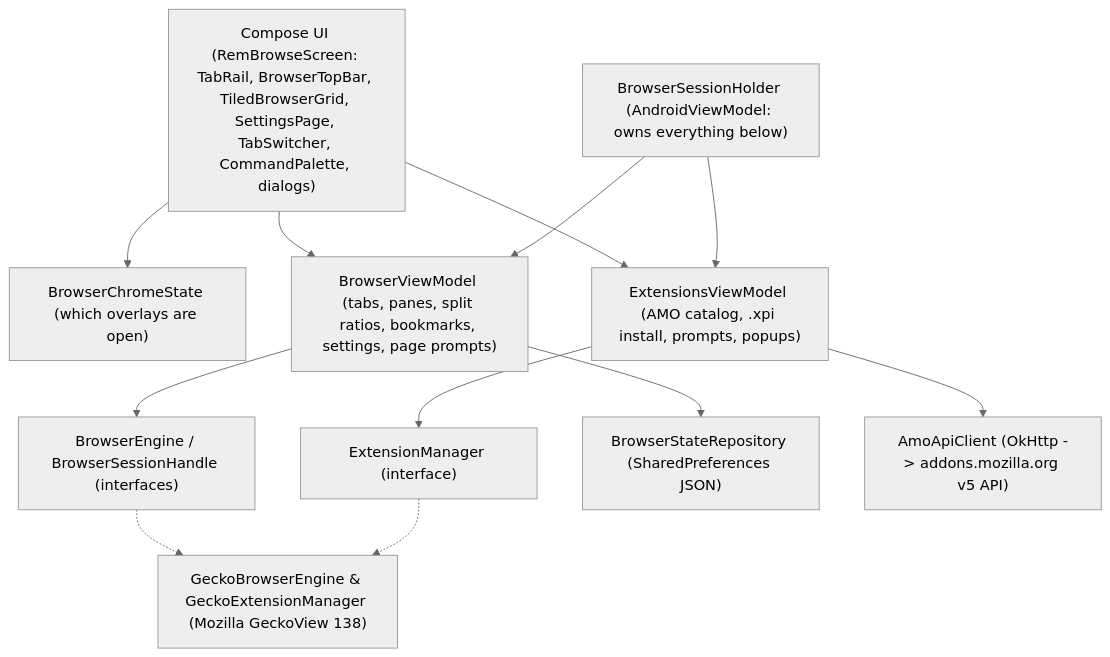
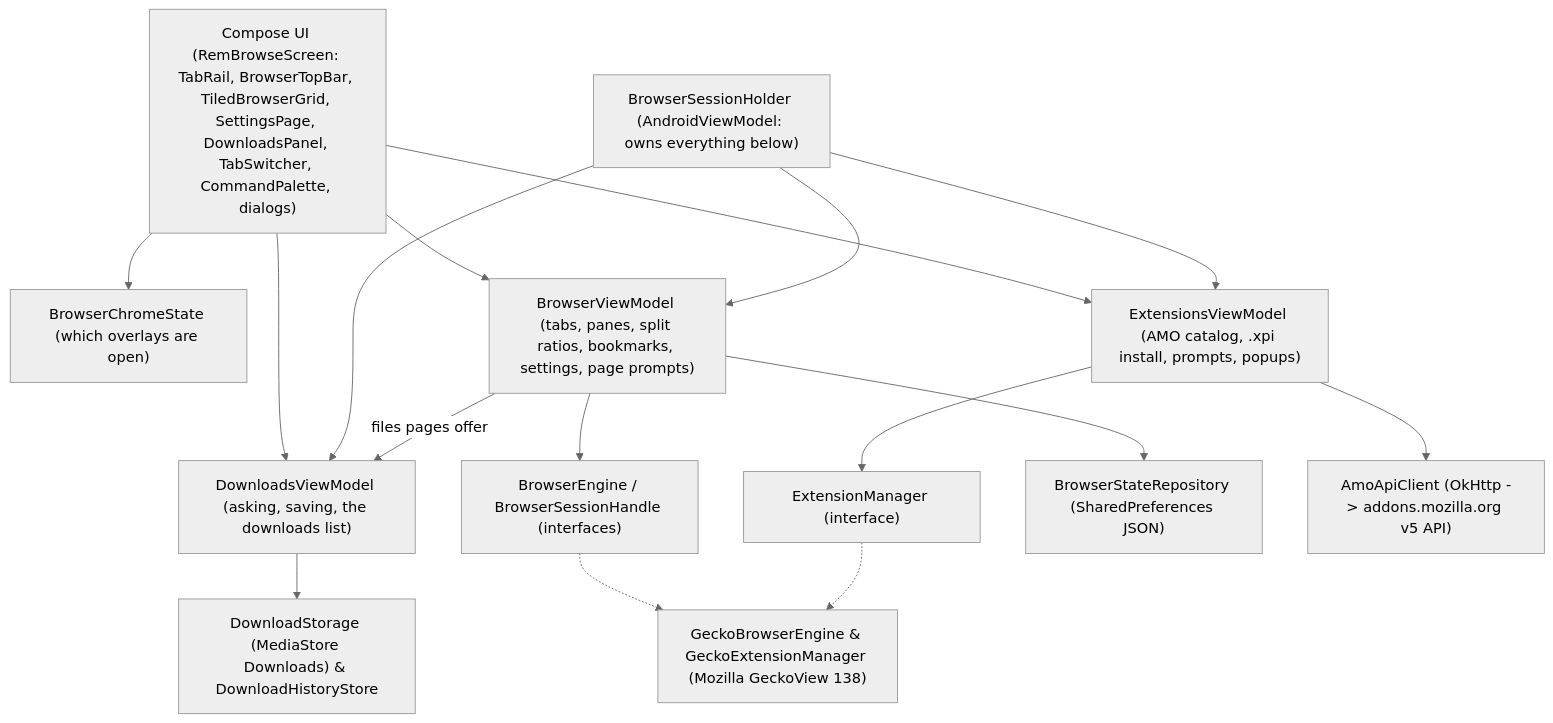
The diagram in docs/ARCHITECTURE.md (sakifmostafa/RemBrowse), drawn with Mermaid (neutral theme) before and after one commit. The commit also changed other lines of this file and 36 other files, not shown here.

````diff
--- a/docs/ARCHITECTURE.md
+++ b/docs/ARCHITECTURE.md
@@ -7,25 +7,31 @@
 ```mermaid
 flowchart TD
-    UI["Compose UI (RemBrowseScreen: TabRail, BrowserTopBar, TiledBrowserGrid, SettingsPage, TabSwitcher, CommandPalette, dialogs)"]
+    UI["Compose UI (RemBrowseScreen: TabRail, BrowserTopBar, TiledBrowserGrid, SettingsPage, DownloadsPanel, TabSwitcher, CommandPalette, dialogs)"]
     CHROME["BrowserChromeState (which overlays are open)"]
     HOLDER["BrowserSessionHolder (AndroidViewModel: owns everything below)"]
     BVM["BrowserViewModel (tabs, panes, split ratios, bookmarks, settings, page prompts)"]
     EVM["ExtensionsViewModel (AMO catalog, .xpi install, prompts, popups)"]
+    DVM["DownloadsViewModel (asking, saving, the downloads list)"]
+    DSTORE["DownloadStorage (MediaStore Downloads) & DownloadHistoryStore"]
     BE["BrowserEngine / BrowserSessionHandle (interfaces)"]
     EM["ExtensionManager (interface)"]
     REPO["BrowserStateRepository (SharedPreferences JSON)"]
     AMO["AmoApiClient (OkHttp -> addons.mozilla.org v5 API)"]
     GECKO["GeckoBrowserEngine & GeckoExtensionManager (Mozilla GeckoView 138)"]
 
     UI --> BVM
     UI --> EVM
+    UI --> DVM
     UI --> CHROME
     HOLDER --> BVM
     HOLDER --> EVM
+    HOLDER --> DVM
+    BVM -- "files pages offer" --> DVM
+    DVM --> DSTORE
     BVM --> BE
     BVM --> REPO
     EVM --> EM
     EVM --> AMO
     BE -.-> GECKO
     EM -.-> GECKO
 ```
````
